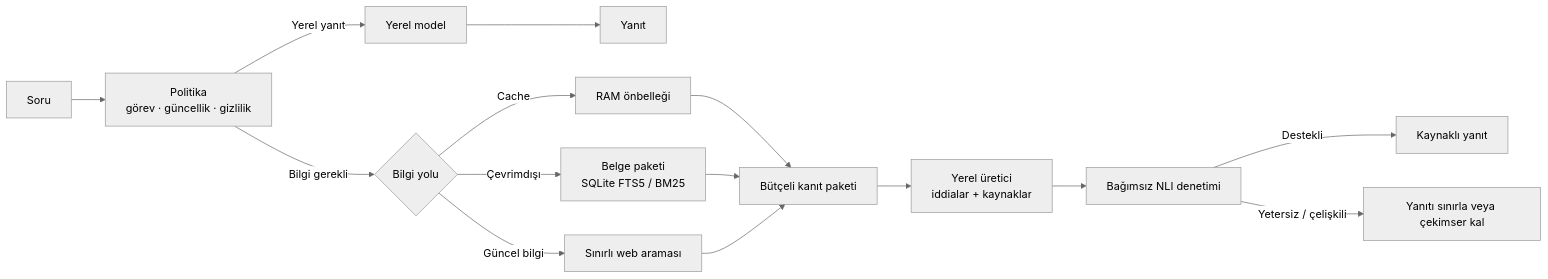
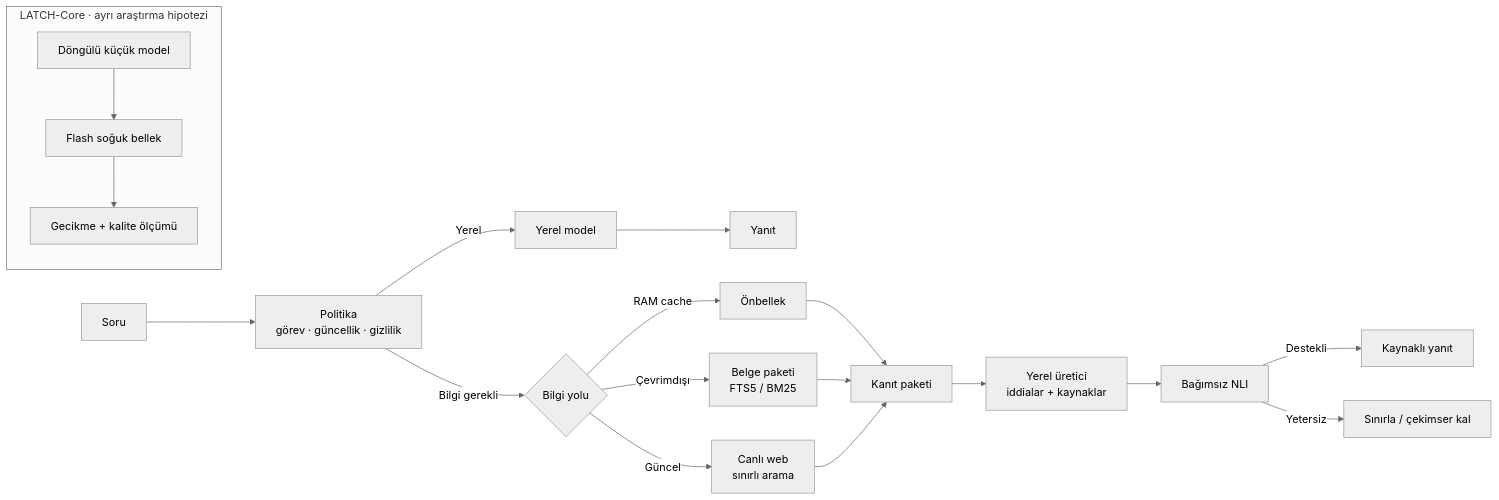
The diagram in README.md (Apollonny/LATCH), drawn with Mermaid (neutral theme) before and after one commit. The commit also changed other lines of this file, not shown here.

Commit message:
Present the architecture in one diagram

````diff
--- a/README.md
+++ b/README.md
@@ -11,16 +9,20 @@
 ```mermaid
 flowchart LR
     Q["Soru"] --> P["Politika<br/>görev · güncellik · gizlilik"]
-    P -->|"Yerel yanıt"| L["Yerel model"] --> LA["Yanıt"]
-    P -->|"Bilgi gerekli"| R{"Bilgi yolu"}
-    R -->|"Cache"| C["RAM önbelleği"]
-    R -->|"Çevrimdışı"| O["Belge paketi<br/>SQLite FTS5 / BM25"]
-    R -->|"Güncel bilgi"| W["Sınırlı web araması"]
-    C --> E["Bütçeli kanıt paketi"]
+    P -->|"Yerel"| LM["Yerel model"] --> A0["Yanıt"]
+    P -->|"Bilgi gerekli"| S{"Bilgi yolu"}
+    S -->|"RAM cache"| C["Önbellek"]
+    S -->|"Çevrimdışı"| O["Belge paketi<br/>FTS5 / BM25"]
+    S -->|"Güncel"| W["Canlı web<br/>sınırlı arama"]
+    C --> E["Kanıt paketi"]
     O --> E
     W --> E
     E --> G["Yerel üretici<br/>iddialar + kaynaklar"]
-    G --> V["Bağımsız NLI denetimi"]
+    G --> V["Bağımsız NLI"]
     V -->|"Destekli"| A["Kaynaklı yanıt"]
-    V -->|"Yetersiz / çelişkili"| X["Yanıtı sınırla veya çekimser kal"]
+    V -->|"Yetersiz"| X["Sınırla / çekimser kal"]
+
+    subgraph CORE["LATCH-Core · ayrı araştırma hipotezi"]
+        M["Döngülü küçük model"] --> F["Flash soğuk bellek"] --> B["Gecikme + kalite ölçümü"]
+    end
 ```
````
